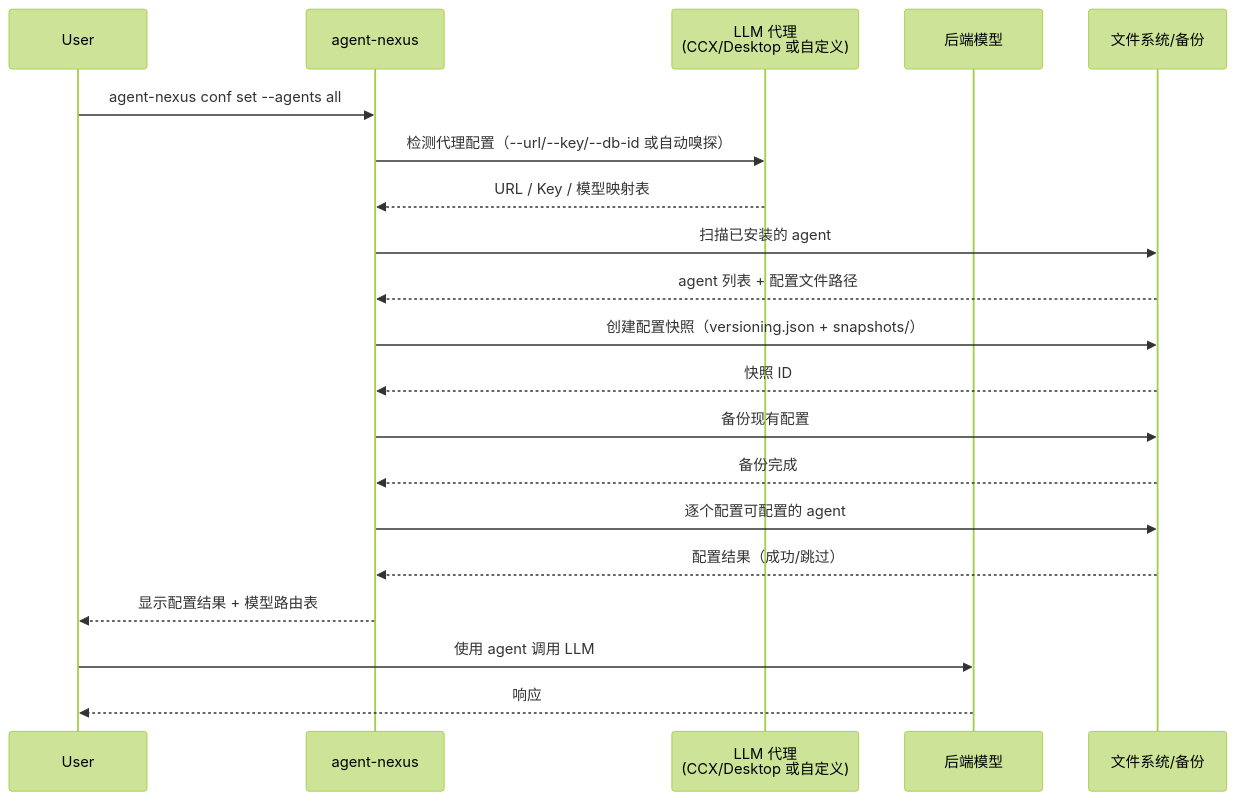
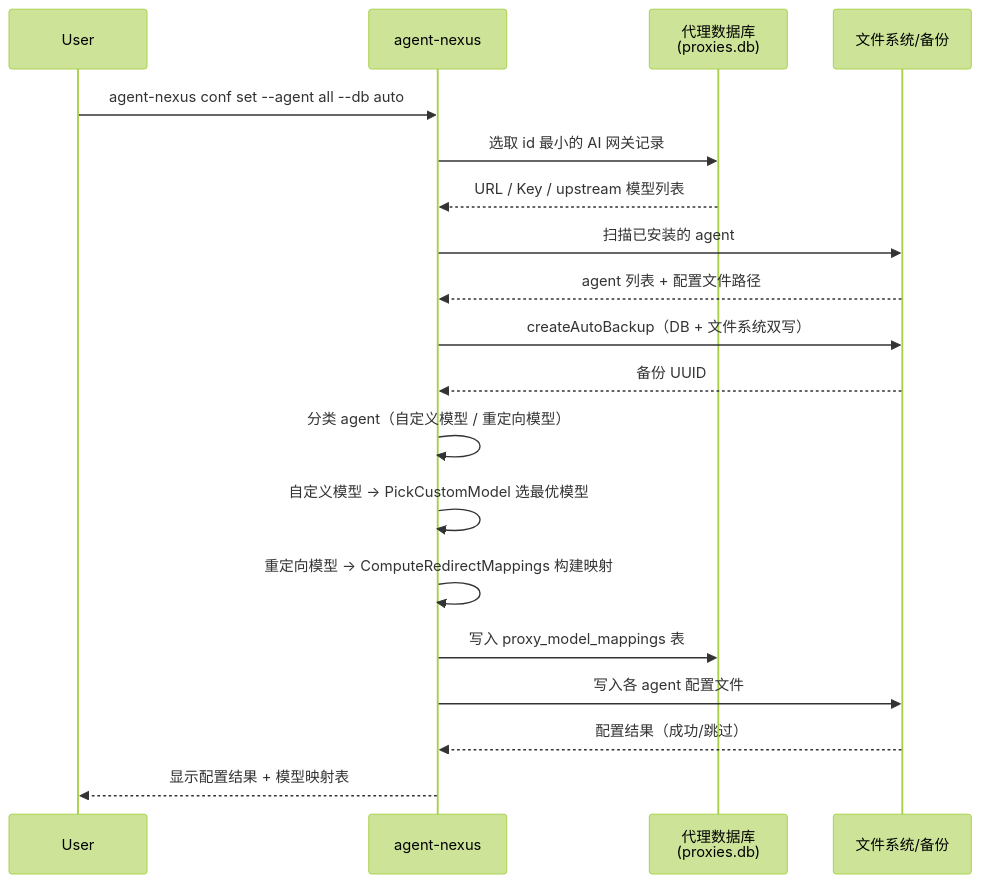
Before and after one commit to yejinlei/agent-nexus: the third of 3 diagrams in MANUAL.md, drawn with Mermaid (forest theme). The commit also changed other lines of this file and 3 other files, not shown here.

First line of the commit message:
docs: 同步更新文档与配图，反映 conf set --db auto/N 新接口与模型添加/映射机制

````diff
--- a/MANUAL.md
+++ b/MANUAL.md
@@ -516,23 +584,22 @@
 ```mermaid
 sequenceDiagram
     participant User
     participant Tool as agent-nexus
-    participant Proxy as LLM 代理<br/>(CCX/Desktop 或自定义)
-    participant Backend as 后端模型
+    participant DB as 代理数据库<br/>(proxies.db)
     participant FS as 文件系统/备份
 
-    User->>Tool: agent-nexus conf set --agents all
-    Tool->>Proxy: 检测代理配置（--url/--key/--db-id 或自动嗅探）
-    Proxy-->>Tool: URL / Key / 模型映射表
+    User->>Tool: agent-nexus conf set --agent all --db auto
+    Tool->>DB: 选取 id 最小的 AI 网关记录
+    DB-->>Tool: URL / Key / upstream 模型列表
     Tool->>FS: 扫描已安装的 agent
     FS-->>Tool: agent 列表 + 配置文件路径
-    Tool->>FS: 创建配置快照（versioning.json + snapshots/）
-    FS-->>Tool: 快照 ID
-    Tool->>FS: 备份现有配置
-    FS-->>Tool: 备份完成
-    Tool->>FS: 逐个配置可配置的 agent
+    Tool->>FS: createAutoBackup（DB + 文件系统双写）
+    FS-->>Tool: 备份 UUID
+    Tool->>Tool: 分类 agent（自定义模型 / 重定向模型）
+    Tool->>Tool: 自定义模型 → PickCustomModel 选最优模型
+    Tool->>Tool: 重定向模型 → ComputeRedirectMappings 构建映射
+    Tool->>DB: 写入 proxy_model_mappings 表
+    Tool->>FS: 写入各 agent 配置文件
     FS-->>Tool: 配置结果（成功/跳过）
-    Tool-->>User: 显示配置结果 + 模型路由表
-    User->>Backend: 使用 agent 调用 LLM
-    Backend-->>User: 响应
+    Tool-->>User: 显示配置结果 + 模型映射表
 ```
````
